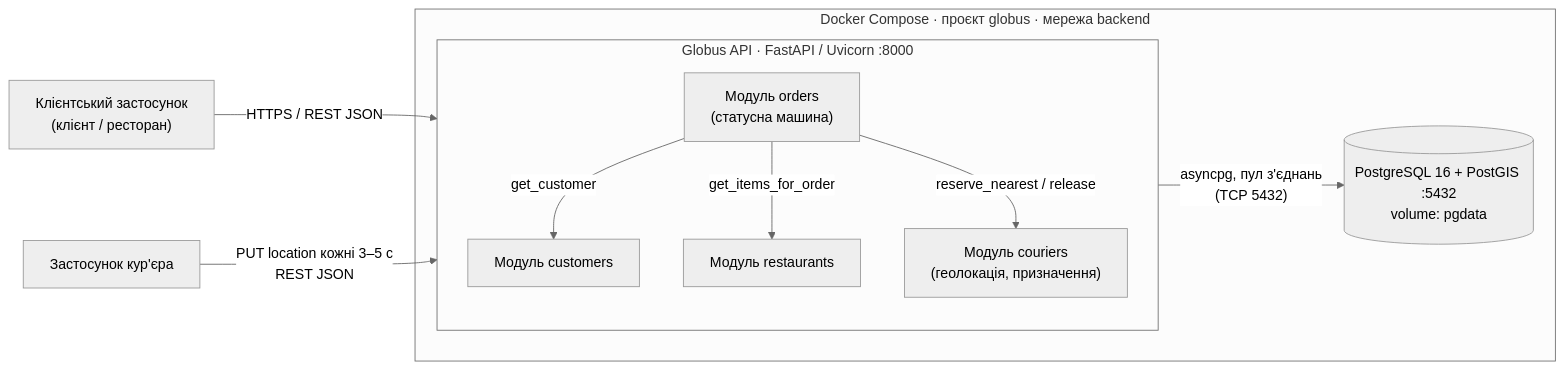
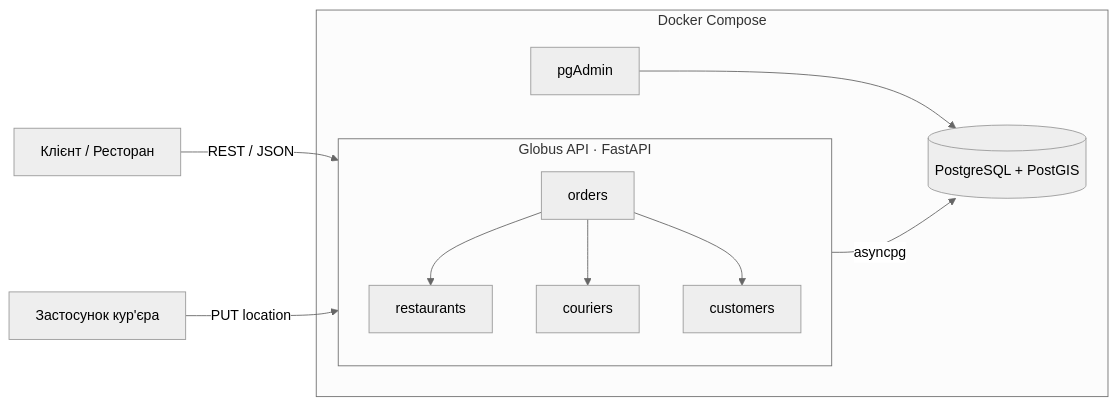
The first of 3 diagrams in README.md (Brenkach/Globus), drawn with Mermaid (neutral theme) before and after one commit. The commit also changed other lines of this file and 2 other files, not shown here.

Commit message:
Fix-README-diagrams-add-pgAdmin

````diff
--- a/README.md
+++ b/README.md
@@ -52,22 +53,24 @@
 ```mermaid
 flowchart LR
-    client["Клієнтський застосунок<br/>(клієнт / ресторан)"]
+    client["Клієнт / Ресторан"]
     courierApp["Застосунок кур'єра"]
 
-    subgraph docker["Docker Compose · проєкт globus · мережа backend"]
-        subgraph api["Globus API · FastAPI / Uvicorn :8000"]
-            customers["Модуль customers"]
-            restaurants["Модуль restaurants"]
-            orders["Модуль orders<br/>(статусна машина)"]
-            couriers["Модуль couriers<br/>(геолокація, призначення)"]
-            orders -->|"get_items_for_order"| restaurants
-            orders -->|"reserve_nearest / release"| couriers
-            orders -->|"get_customer"| customers
+    subgraph docker["Docker Compose"]
+        subgraph api["Globus API · FastAPI"]
+            orders["orders"]
+            restaurants["restaurants"]
+            couriers["couriers"]
+            customers["customers"]
+            orders --> restaurants
+            orders --> couriers
+            orders --> customers
         end
-        db[("PostgreSQL 16 + PostGIS :5432<br/>volume: pgdata")]
+        db[("PostgreSQL + PostGIS")]
+        pgadmin["pgAdmin"]
     end
 
-    client -->|"HTTPS / REST JSON"| api
-    courierApp -->|"PUT location кожні 3–5 с<br/>REST JSON"| api
-    api -->|"asyncpg, пул з'єднань<br/>(TCP 5432)"| db
+    client -- "REST / JSON" --> api
+    courierApp -- "PUT location" --> api
+    api -- "asyncpg" --> db
+    pgadmin --> db
 ```
````
